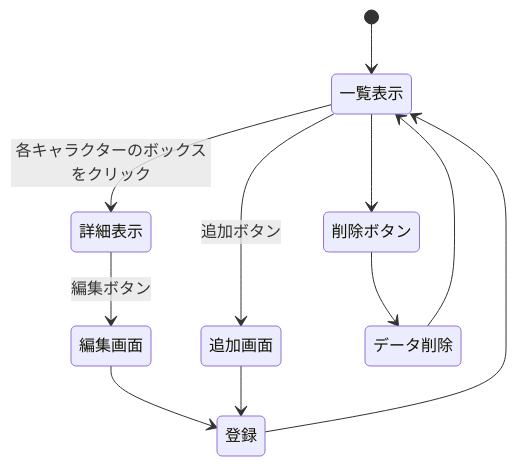
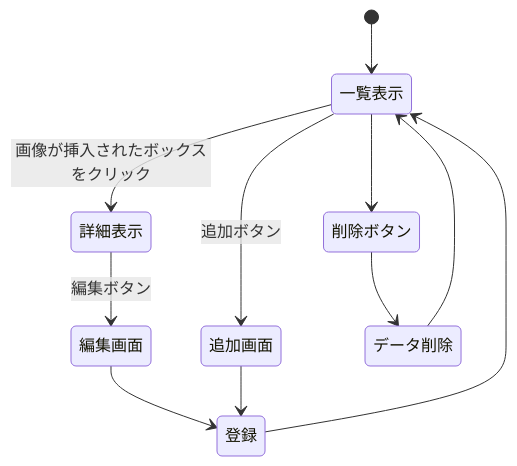
One commit to GingerAle0220/webpro_06 changed the diagram in peages.md. Above: the diagram before and after it, drawn with Mermaid. The commit also changed 19 other files, not shown here.

````diff
--- a/peages.md
+++ b/peages.md
@@ -1,13 +1,13 @@
 ```mermaid
 stateDiagram-v2
     [*] --> 一覧表示
-    一覧表示 --> 詳細表示: 各キャラクターのボックスをクリック
+    一覧表示 --> 詳細表示: 画像が挿入されたボックスをクリック
     詳細表示 --> 編集画面: 編集ボタン
     編集画面 --> 登録
     登録 --> 一覧表示
     一覧表示 --> 追加画面: 追加ボタン
     追加画面 --> 登録
     一覧表示 --> 削除ボタン
     削除ボタン --> データ削除
     データ削除 --> 一覧表示
 ```
````
